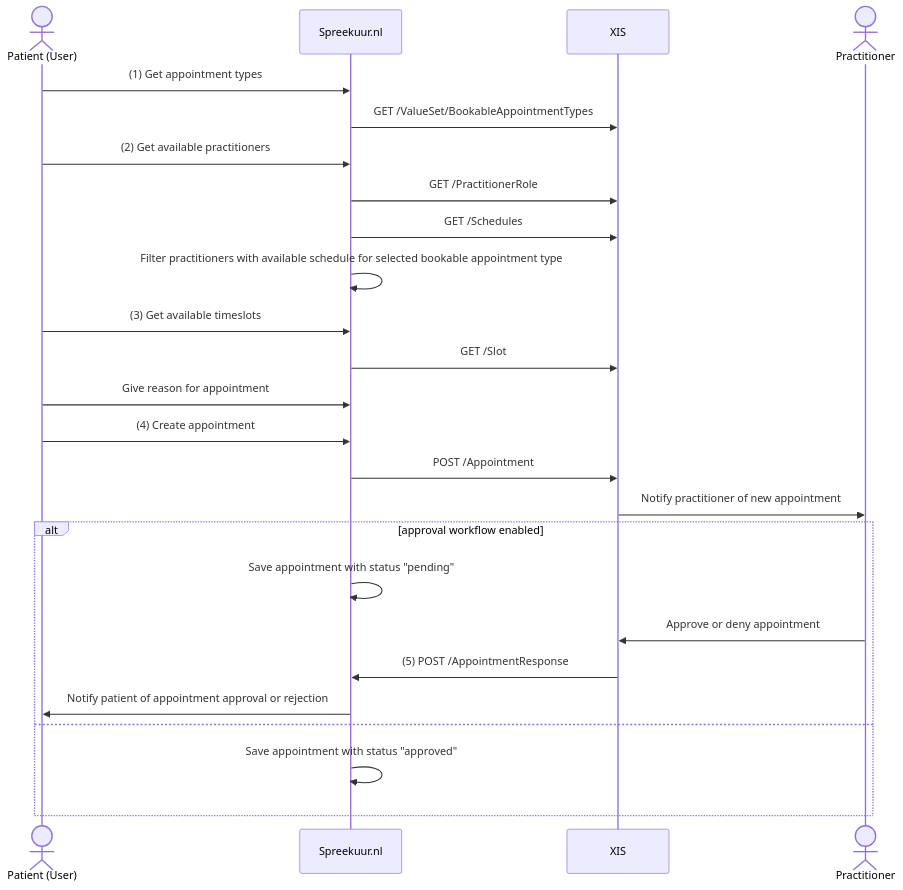
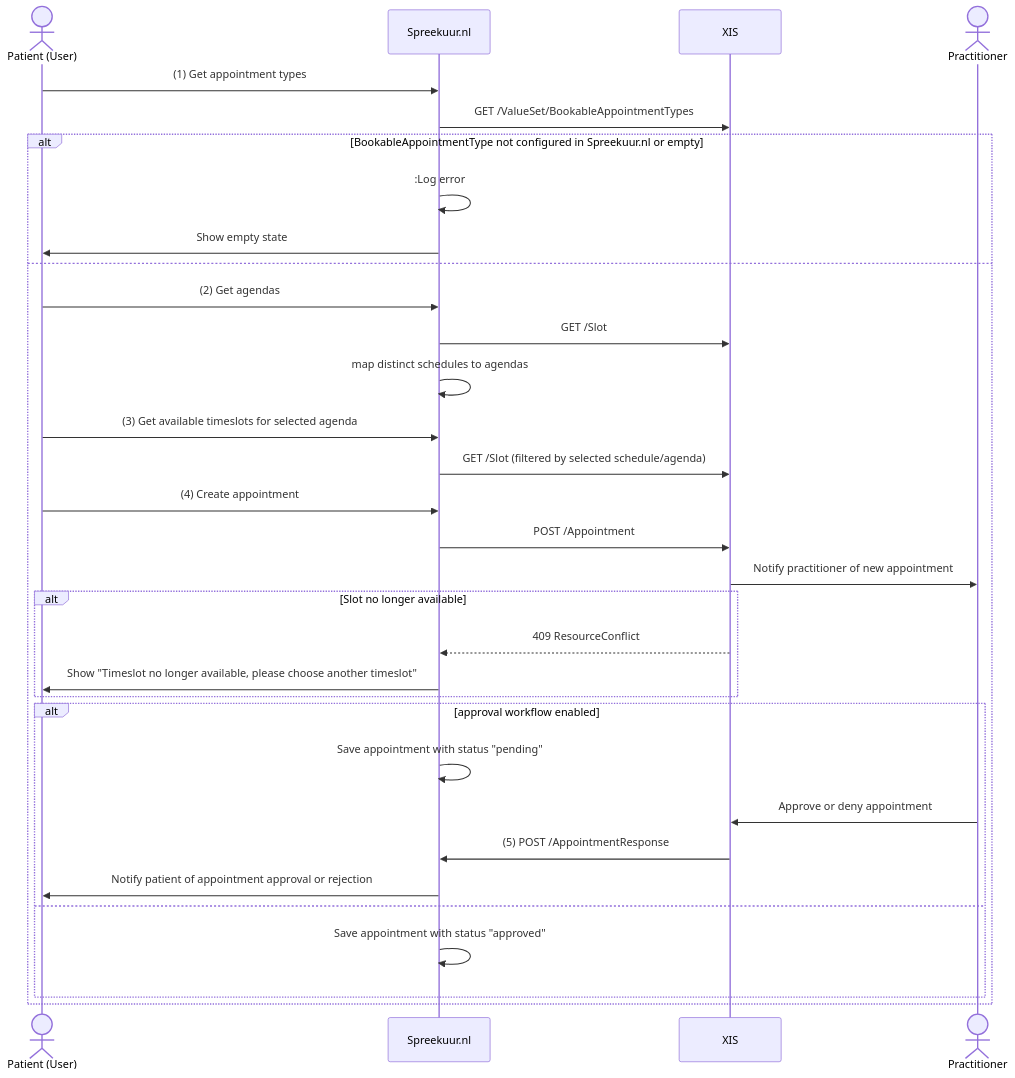
The diagram in docs/features/appointment/creation/appointment-creation-v2.md (topicushealthcare/spreekuur-docs), drawn with Mermaid before and after one commit. The commit also changed other lines of this file, not shown here.

Commit message:
SSAM-8408 2nd version appointment flow
- sequence diagram for version 2 of appointment flow

````diff
--- a/docs/features/appointment/creation/appointment-creation-v2.md
+++ b/docs/features/appointment/creation/appointment-creation-v2.md
@@ -12,28 +12,35 @@
 ```mermaid
 sequenceDiagram
     actor Patient (User)
     participant Spreekuur.nl
     participant XIS
     actor Practitioner
 
     Patient (User)->>Spreekuur.nl: (1) Get appointment types
     Spreekuur.nl->>XIS: GET /ValueSet/BookableAppointmentTypes
-    Patient (User)->>Spreekuur.nl: (2) Get available practitioners
-    Spreekuur.nl->>XIS: GET /PractitionerRole
-    Spreekuur.nl->>XIS: GET /Schedules
-    Spreekuur.nl->>Spreekuur.nl: Filter practitioners with available schedule for selected bookable appointment type
-    Patient (User)->>Spreekuur.nl: (3) Get available timeslots
-    Spreekuur.nl->>XIS: GET /Slot
-    Patient (User)->>Spreekuur.nl: Give reason for appointment
-    Patient (User)->>Spreekuur.nl: (4) Create appointment
-    Spreekuur.nl->>XIS: POST /Appointment
-    XIS->>Practitioner: Notify practitioner of new appointment
-    alt approval workflow enabled
-    Spreekuur.nl->>Spreekuur.nl: Save appointment with status "pending"
-    Practitioner->>XIS: Approve or deny appointment
-    XIS->>Spreekuur.nl: (5) POST /AppointmentResponse
-    Spreekuur.nl->>Patient (User): Notify patient of appointment approval or rejection
+    alt BookableAppointmentType not configured in Spreekuur.nl or empty
+       Spreekuur.nl->>Spreekuur.nl: :Log error
+       Spreekuur.nl->>Patient (User): Show empty state
     else
-    Spreekuur.nl->>Spreekuur.nl: Save appointment with status "approved"
+        Patient (User)->>Spreekuur.nl: (2) Get agendas
+        Spreekuur.nl->>XIS: GET /Slot
+        Spreekuur.nl->>Spreekuur.nl: map distinct schedules to agendas
+        Patient (User)->>Spreekuur.nl: (3) Get available timeslots for selected agenda
+        Spreekuur.nl->>XIS: GET /Slot (filtered by selected schedule/agenda) 
+        Patient (User)->>Spreekuur.nl: (4) Create appointment
+        Spreekuur.nl->>XIS: POST /Appointment
+        XIS->>Practitioner: Notify practitioner of new appointment
+        alt Slot no longer available
+            XIS -->> Spreekuur.nl: 409 ResourceConflict
+            Spreekuur.nl->>Patient (User): Show "Timeslot no longer available, please choose another timeslot"
+        end        
+        alt approval workflow enabled
+            Spreekuur.nl->>Spreekuur.nl: Save appointment with status "pending"
+            Practitioner->>XIS: Approve or deny appointment
+            XIS->>Spreekuur.nl: (5) POST /AppointmentResponse
+            Spreekuur.nl->>Patient (User): Notify patient of appointment approval or rejection
+        else
+            Spreekuur.nl->>Spreekuur.nl: Save appointment with status "approved"
+        end
     end
 ```
````
